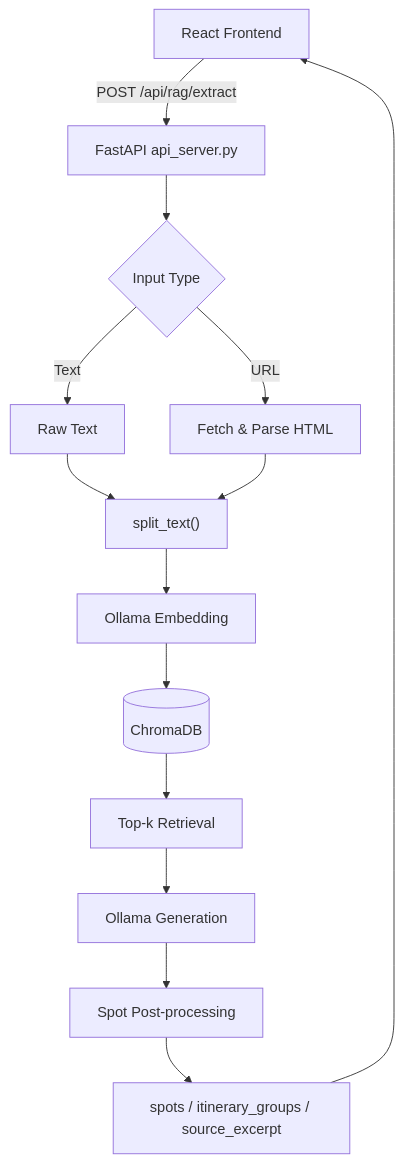
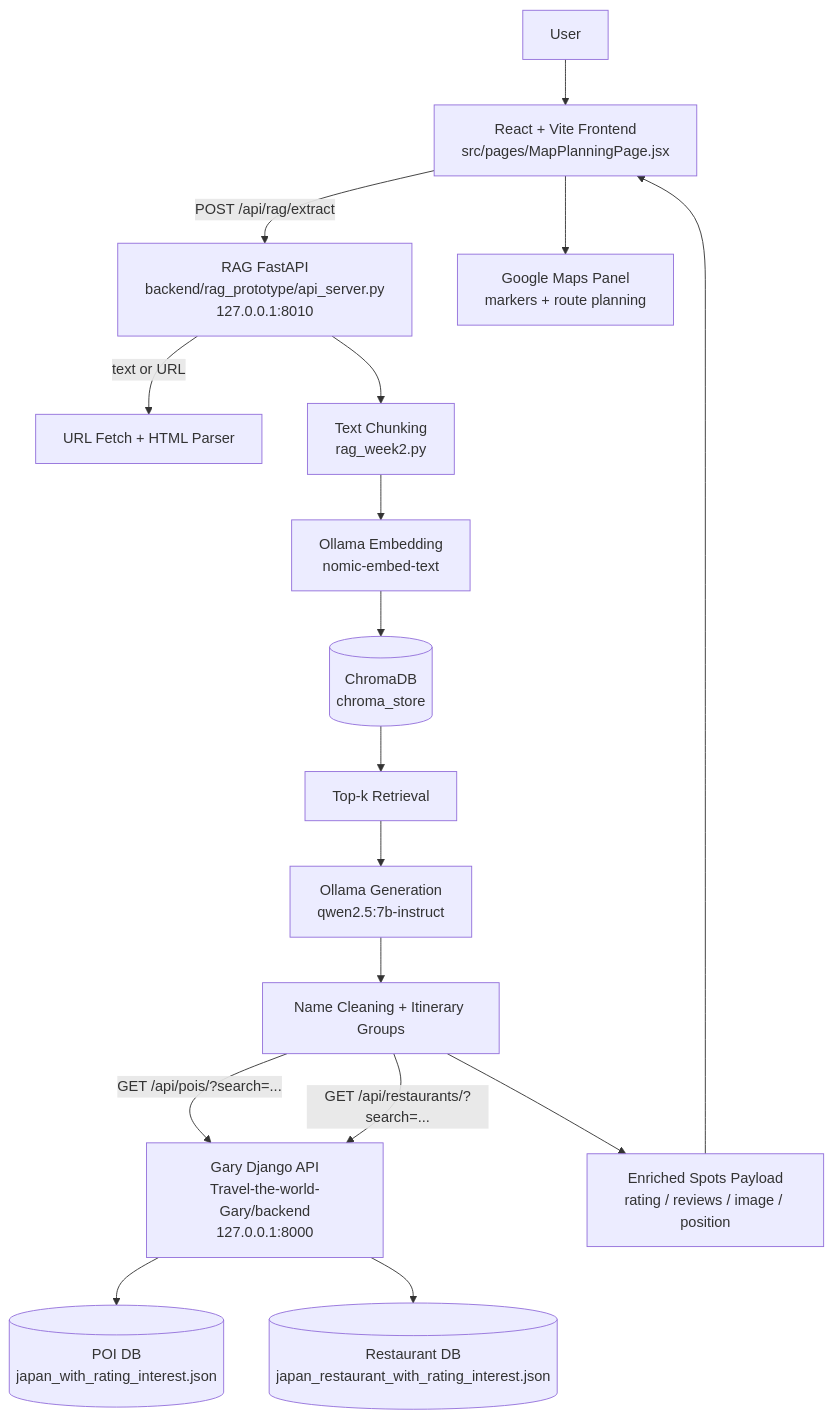
Before and after one commit to Danielchou0611/Travel-the-world: the diagram in README.md, drawn with Mermaid. The commit also changed other lines of this file and 1 other file, not shown here.

Commit message:
更新README，加入景點與餐廳POI API 串接方式，並更改整體架構圖

````diff
--- a/README.md
+++ b/README.md
@@ -52,16 +12,24 @@
 ```mermaid
 flowchart TD
-    A[React Frontend] -->|POST /api/rag/extract| B[FastAPI api_server.py]
-    B --> C{Input Type}
-    C -->|Text| D[Raw Text]
-    C -->|URL| E[Fetch & Parse HTML]
-    D --> F["split_text()"]
-    E --> F
-    F --> G[Ollama Embedding]
-    G --> H[(ChromaDB)]
-    H --> I[Top-k Retrieval]
-    I --> J[Ollama Generation]
-    J --> K[Spot Post-processing]
-    K --> L[spots / itinerary_groups / source_excerpt]
-    L --> A
+    U[User] --> FE[React + Vite Frontend<br/>src/pages/MapPlanningPage.jsx]
+
+    FE -->|POST /api/rag/extract| RAG[RAG FastAPI<br/>backend/rag_prototype/api_server.py<br/>127.0.0.1:8010]
+
+    RAG -->|text or URL| HTML[URL Fetch + HTML Parser]
+    RAG --> SPLIT[Text Chunking<br/>rag_week2.py]
+    SPLIT --> EMB[Ollama Embedding<br/>nomic-embed-text]
+    EMB --> CHROMA[(ChromaDB<br/>chroma_store)]
+    CHROMA --> RET[Top-k Retrieval]
+    RET --> GEN[Ollama Generation<br/>qwen2.5:7b-instruct]
+    GEN --> CLEAN[Name Cleaning + Itinerary Groups]
+
+    CLEAN -->|GET /api/pois/?search=...| GARY[Gary Django API<br/>Travel-the-world-Gary/backend<br/>127.0.0.1:8000]
+    CLEAN -->|GET /api/restaurants/?search=...| GARY
+
+    GARY --> POIDB[(POI DB<br/>japan_with_rating_interest.json)]
+    GARY --> RESTDB[(Restaurant DB<br/>japan_restaurant_with_rating_interest.json)]
+
+    CLEAN --> ENRICH[Enriched Spots Payload<br/>rating / reviews / image / position]
+    ENRICH --> FE
+    FE --> MAP[Google Maps Panel<br/>markers + route planning]
 ```
````
